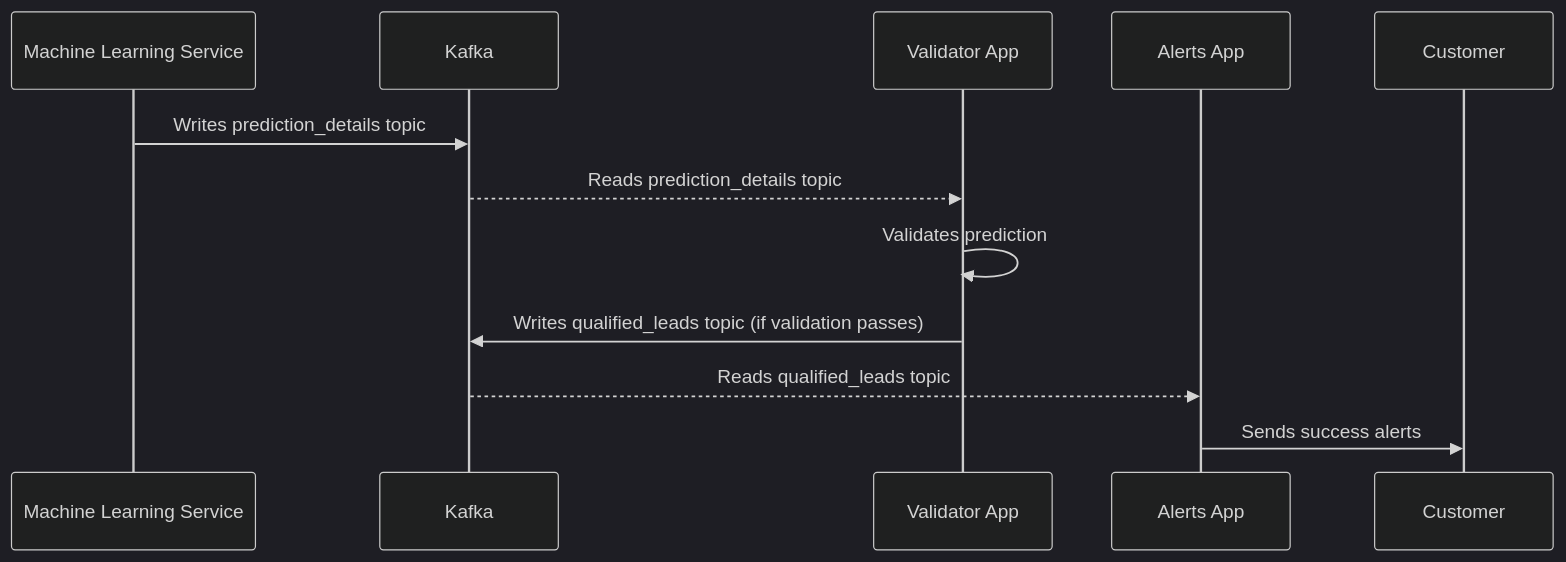
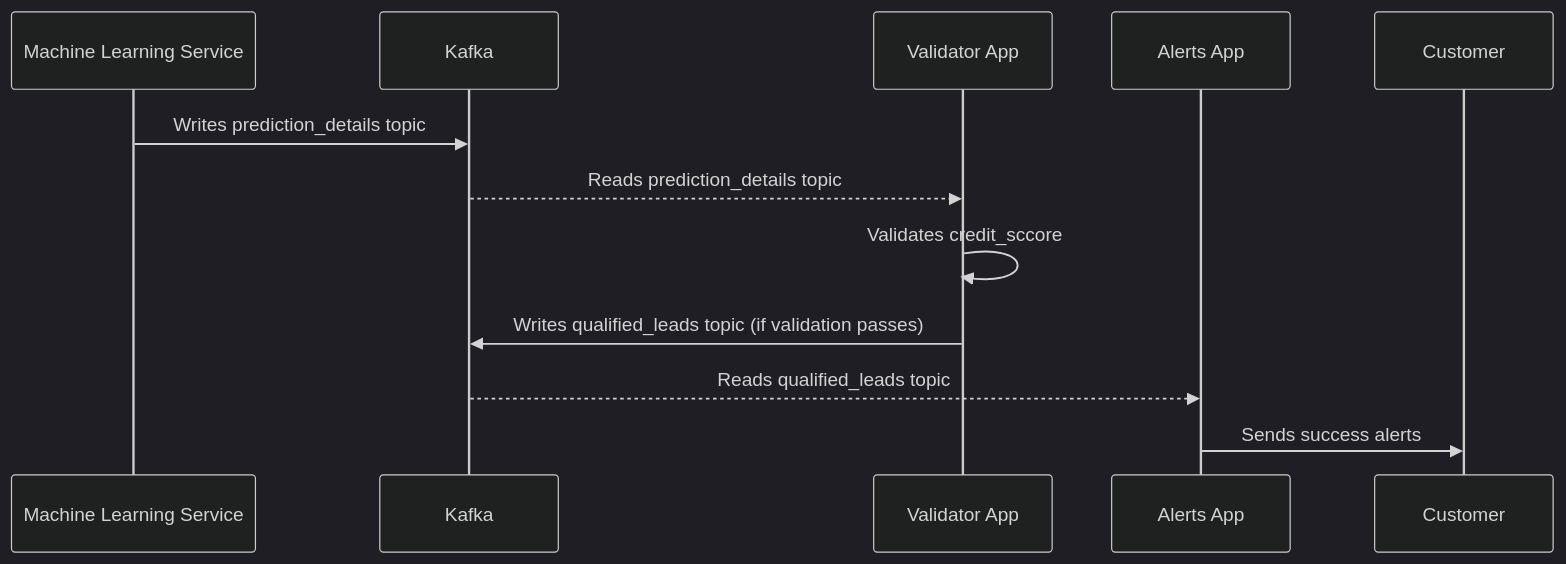
Before and after one commit to john-mwangi/mariadb-iceberg-pipeline: the second of 2 diagrams in docs/diagrams.md, drawn with Mermaid (dark theme).

Commit message:
Update sequence diagram

````diff
--- a/docs/diagrams.md
+++ b/docs/diagrams.md
@@ -51,15 +51,15 @@
 ```mermaid
 %% Feature Design
 sequenceDiagram
     participant ML_Service as Machine Learning Service
     participant Kafka as Kafka
     participant Validator_App as Validator App
     participant Alerts_App as Alerts App
 
     ML_Service->>Kafka: Writes prediction_details topic
     Kafka-->>Validator_App: Reads prediction_details topic
-    Validator_App->>Validator_App: Validates prediction
+    Validator_App->>Validator_App: Validates credit_sccore
     Validator_App->>Kafka: Writes qualified_leads topic (if validation passes)
     Kafka-->>Alerts_App: Reads qualified_leads topic
     Alerts_App->>Customer: Sends success alerts
 ```
````
